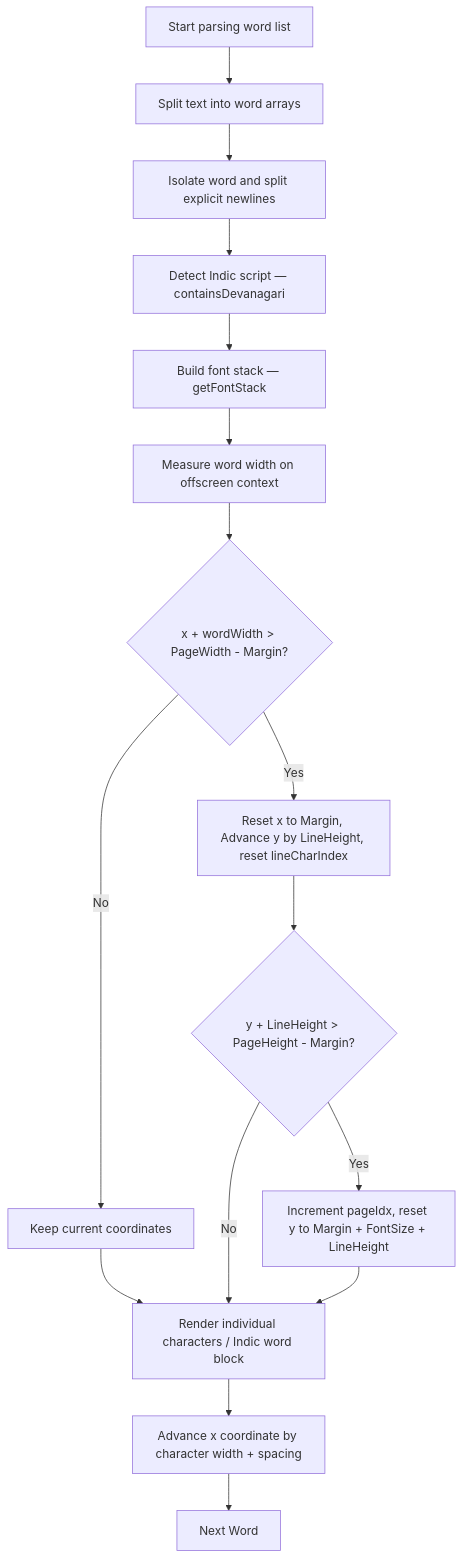
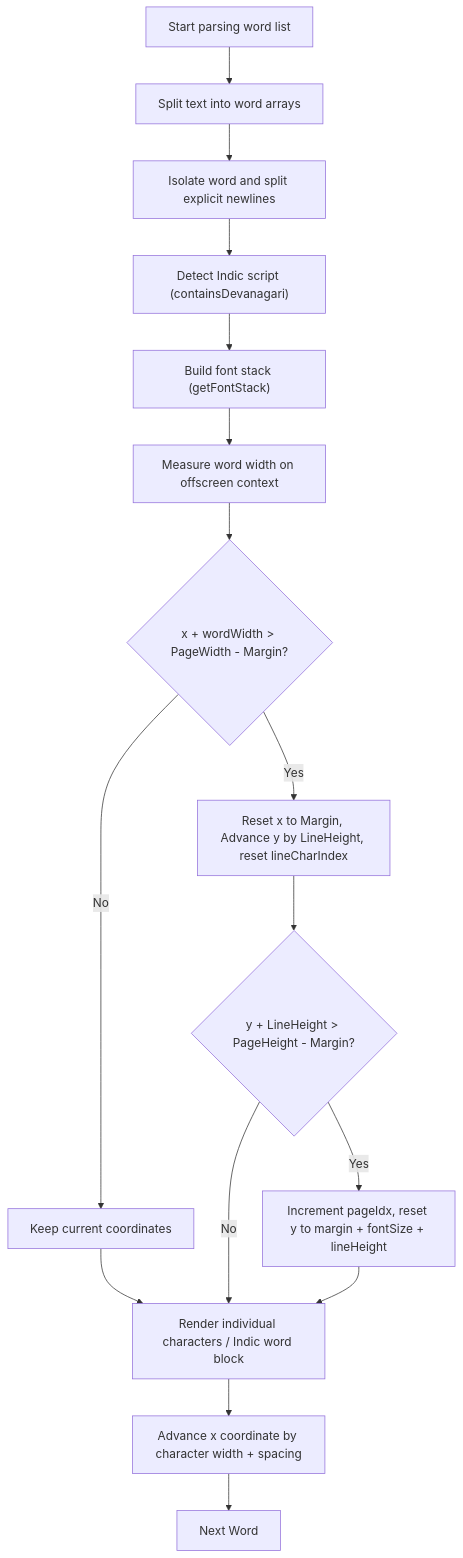
Before and after one commit to VIPHACKER100/Inkflow: the diagram in docs/handwriting-engine.md, drawn with Mermaid. The commit also changed other lines of this file and 18 other files, not shown here.

````diff
--- a/docs/handwriting-engine.md
+++ b/docs/handwriting-engine.md
@@ -120,18 +158,18 @@
 ```mermaid
 flowchart TD
-    A[Start parsing word list] --> B[Split text into word arrays]
-    B --> C[Isolate word and split explicit newlines]
-    C --> D[Detect Indic script — containsDevanagari]
-    D --> E[Build font stack — getFontStack]
-    E --> F[Measure word width on offscreen context]
-    F --> G{x + wordWidth > PageWidth - Margin?}
-    G -->|Yes| H[Reset x to Margin, Advance y by LineHeight, reset lineCharIndex]
-    G -->|No| I[Keep current coordinates]
-    H --> J{y + LineHeight > PageHeight - Margin?}
-    I --> K[Render individual characters / Indic word block]
-    J -->|Yes| L[Increment pageIdx, reset y to Margin + FontSize + LineHeight]
-    J -->|No| K
+    A["Start parsing word list"] --> B["Split text into word arrays"]
+    B --> C["Isolate word and split explicit newlines"]
+    C --> D["Detect Indic script (containsDevanagari)"]
+    D --> E["Build font stack (getFontStack)"]
+    E --> F["Measure word width on offscreen context"]
+    F --> G{"x + wordWidth > PageWidth - Margin?"}
+    G -->|"Yes"| H["Reset x to Margin, Advance y by LineHeight, reset lineCharIndex"]
+    G -->|"No"| I["Keep current coordinates"]
+    H --> J{"y + LineHeight > PageHeight - Margin?"}
+    I --> K["Render individual characters / Indic word block"]
+    J -->|"Yes"| L["Increment pageIdx, reset y to margin + fontSize + lineHeight"]
+    J -->|"No"| K
     L --> K
-    K --> M[Advance x coordinate by character width + spacing]
-    M --> N[Next Word]
+    K --> M["Advance x coordinate by character width + spacing"]
+    M --> N["Next Word"]
 ```
````
